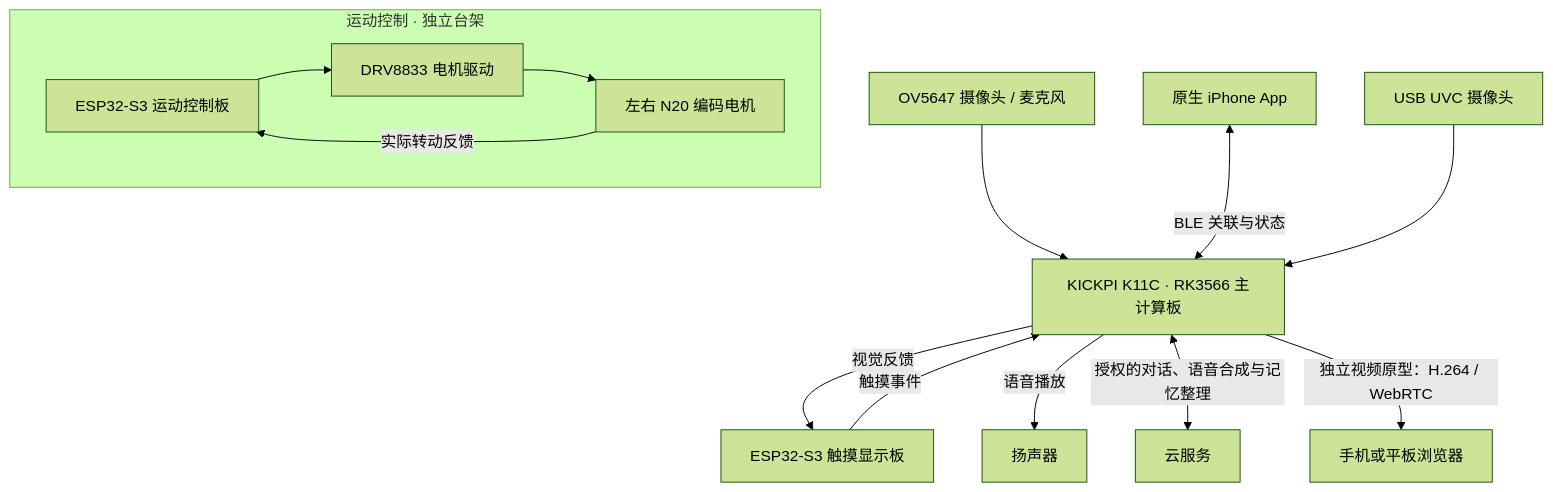
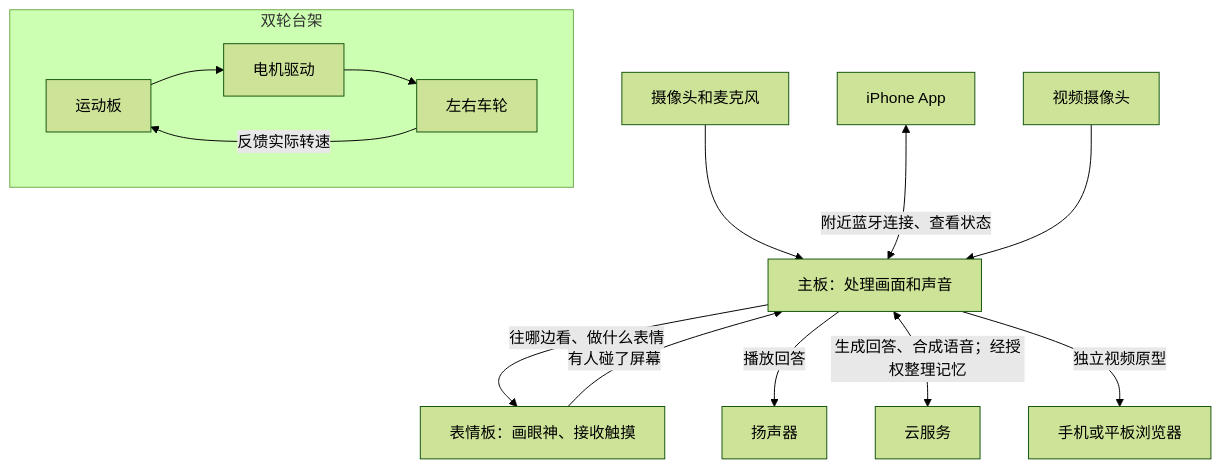
One commit to wyida7372-ship-it/CompanionDog-Showcase changed the diagram in README.md. Above: the diagram before and after it, drawn with Mermaid (forest theme). The commit also changed other lines of this file and 1 other file, not shown here.

````diff
--- a/README.md
+++ b/README.md
@@ -22,15 +26,15 @@
 ```mermaid
 flowchart TD
-    C["OV5647 摄像头 / 麦克风"] --> K["KICKPI K11C · RK3566 主计算板"]
-    K -->|"视觉反馈"| D["ESP32-S3 触摸显示板"]
-    D -->|"触摸事件"| K
-    K -->|"语音播放"| S["扬声器"]
-    K <-->|"授权的对话、语音合成与记忆整理"| Q["云服务"]
-    I["原生 iPhone App"] <-->|"BLE 关联与状态"| K
-    U["USB UVC 摄像头"] --> K
-    K -->|"独立视频原型：H.264 / WebRTC"| W["手机或平板浏览器"]
-    subgraph Bench["运动控制 · 独立台架"]
-        M["ESP32-S3 运动控制板"] --> A["DRV8833 电机驱动"] --> N["左右 N20 编码电机"]
-        N -->|"实际转动反馈"| M
+    C["摄像头和麦克风"] --> K["主板：处理画面和声音"]
+    K -->|"往哪边看、做什么表情"| D["表情板：画眼神、接收触摸"]
+    D -->|"有人碰了屏幕"| K
+    K -->|"播放回答"| S["扬声器"]
+    K <-->|"生成回答、合成语音；经授权整理记忆"| Q["云服务"]
+    I["iPhone App"] <-->|"附近蓝牙连接、查看状态"| K
+    U["视频摄像头"] --> K
+    K -->|"独立视频原型"| W["手机或平板浏览器"]
+    subgraph Bench["双轮台架"]
+        M["运动板"] --> A["电机驱动"] --> N["左右车轮"]
+        N -->|"反馈实际转速"| M
     end
 ```
````
